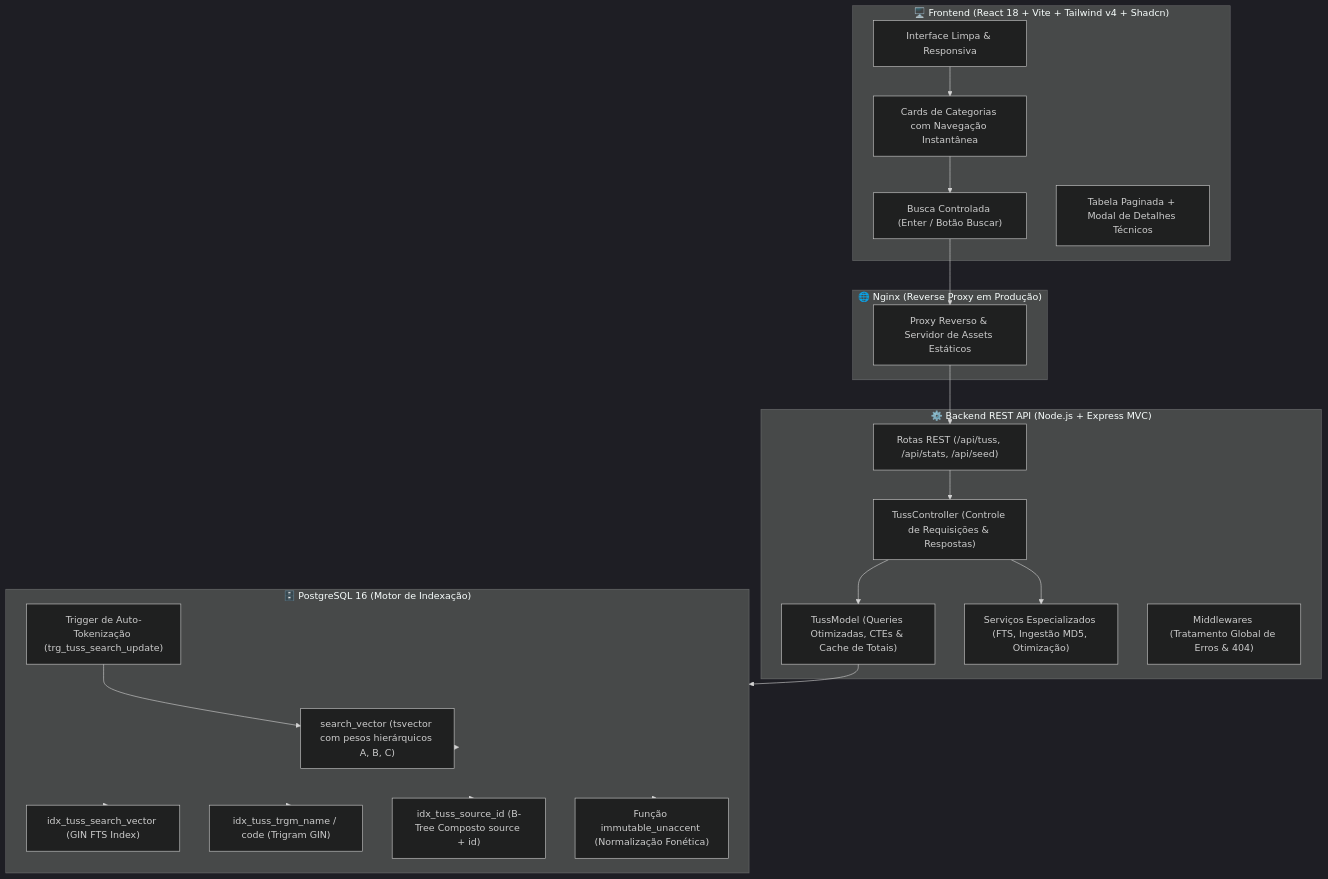
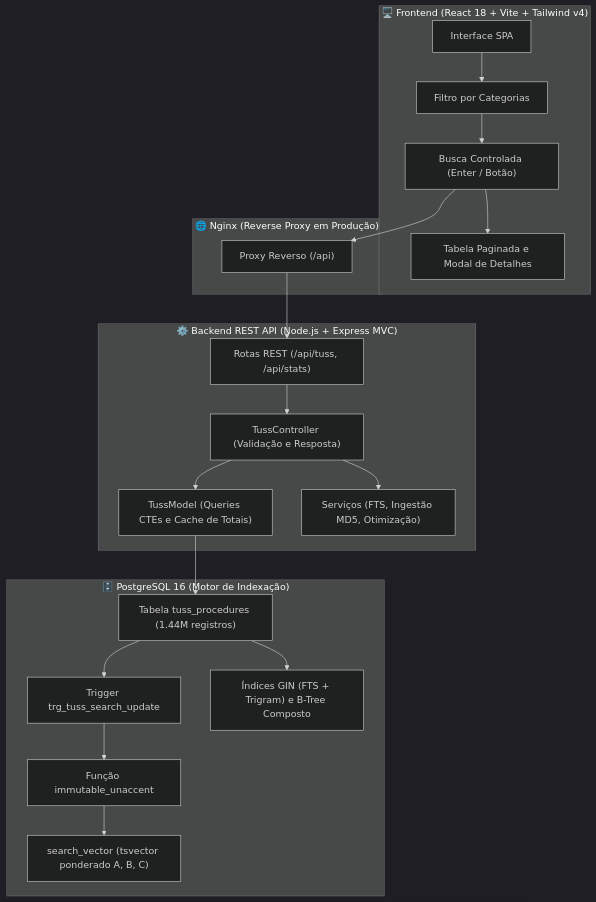
Before and after one commit to jadsoncerqueira/sistema-tuss: the diagram in README.md, drawn with Mermaid (dark theme). The commit also changed other lines of this file, not shown here.

Commit message:
fix(docs): corrigir sintaxe do diagrama mermaid no github

````diff
--- a/README.md
+++ b/README.md
@@ -60,45 +60,42 @@
 ```mermaid
-flowchart TD
-    subgraph Client["🖥️ Frontend (React 18 + Vite + Tailwind v4 + Shadcn)"]
-        UI["Interface Limpa & Responsiva"]
-        Cards["Cards de Categorias com Navegação Instantânea"]
-        SearchInput["Busca Controlada (Enter / Botão Buscar)"]
-        TableComp["Tabela Paginada + Modal de Detalhes Técnicos"]
+graph TD
+    subgraph Client ["🖥️ Frontend (React 18 + Vite + Tailwind v4)"]
+        UI["Interface SPA"]
+        Cards["Filtro por Categorias"]
+        SearchInput["Busca Controlada (Enter / Botão)"]
+        TableComp["Tabela Paginada e Modal de Detalhes"]
     end
 
-    subgraph NginxProxy["🌐 Nginx (Reverse Proxy em Produção)"]
-        Proxy["Proxy Reverso & Servidor de Assets Estáticos"]
+    subgraph NginxProxy ["🌐 Nginx (Reverse Proxy em Produção)"]
+        Proxy["Proxy Reverso (/api)"]
     end
 
-    subgraph BackendMVC["⚙️ Backend REST API (Node.js + Express MVC)"]
-        Router["Rotas REST (/api/tuss, /api/stats, /api/seed)"]
-        Controller["TussController (Controle de Requisições & Respostas)"]
-        Model["TussModel (Queries Otimizadas, CTEs & Cache de Totais)"]
-        Services["Serviços Especializados (FTS, Ingestão MD5, Otimização)"]
-        Middlewares["Middlewares (Tratamento Global de Erros & 404)"]
+    subgraph BackendMVC ["⚙️ Backend REST API (Node.js + Express MVC)"]
+        Router["Rotas REST (/api/tuss, /api/stats)"]
+        Controller["TussController (Validação e Resposta)"]
+        Model["TussModel (Queries CTEs e Cache de Totais)"]
+        Services["Serviços (FTS, Ingestão MD5, Otimização)"]
     end
 
-    subgraph Database["🗄️ PostgreSQL 16 (Motor de Indexação)"]
-        TSV["search_vector (tsvector com pesos hierárquicos A, B, C)"]
-        GIN_FTS["idx_tuss_search_vector (GIN FTS Index)"]
-        GIN_TRGM["idx_tuss_trgm_name / code (Trigram GIN)"]
-        BTreeComp["idx_tuss_source_id (B-Tree Composto source + id)"]
-        Trigger["Trigger de Auto-Tokenização (trg_tuss_search_update)"]
-        Unaccent["Função immutable_unaccent (Normalização Fonética)"]
+    subgraph Database ["🗄️ PostgreSQL 16 (Motor de Indexação)"]
+        Table["Tabela tuss_procedures (1.44M registros)"]
+        Trigger["Trigger trg_tuss_search_update"]
+        Unaccent["Função immutable_unaccent"]
+        TSV["search_vector (tsvector ponderado A, B, C)"]
+        Indexes["Índices GIN (FTS + Trigram) e B-Tree Composto"]
     end
 
     UI --> Cards
     Cards --> SearchInput
+    SearchInput --> TableComp
     SearchInput --> Proxy
     Proxy --> Router
     Router --> Controller
     Controller --> Services
     Controller --> Model
-    Model --> Database
-    Database --> Unaccent
-    Database --> GIN_FTS
-    Database --> GIN_TRGM
-    Database --> BTreeComp
-    Database --> TSV
-    Trigger --> TSV
+    Model --> Table
+    Table --> Trigger
+    Trigger --> Unaccent
+    Unaccent --> TSV
+    Table --> Indexes
 ```
````
